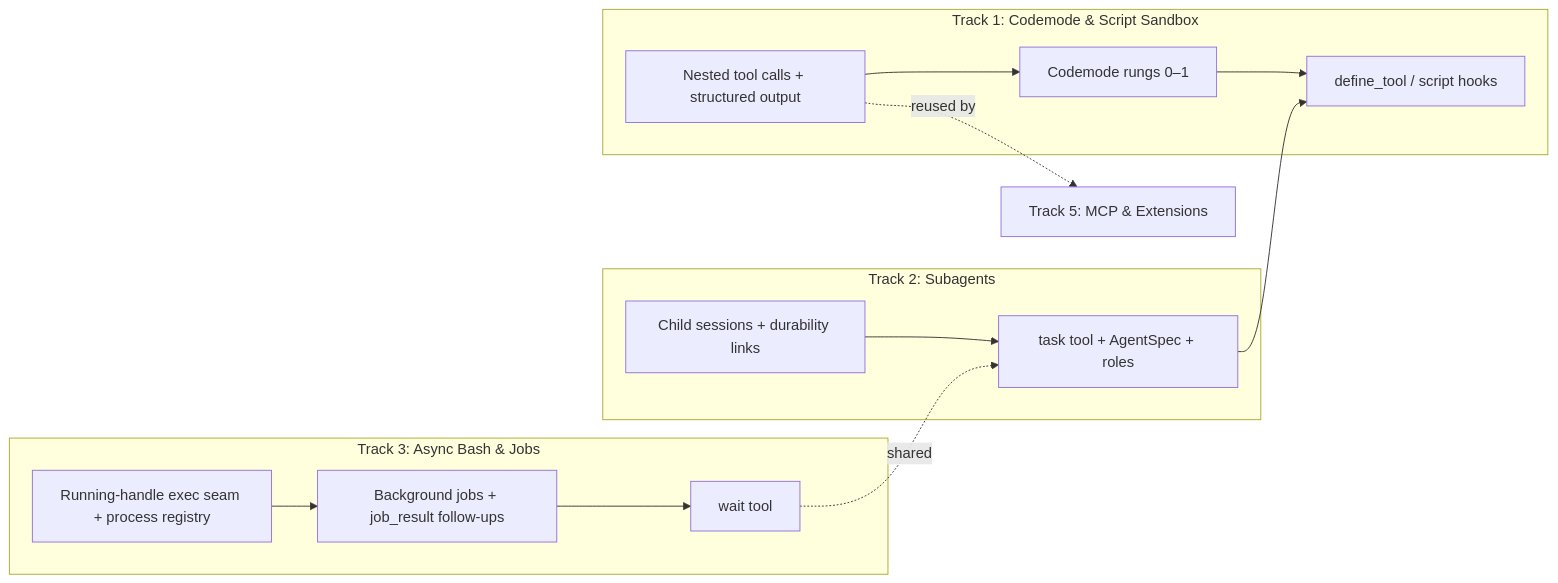
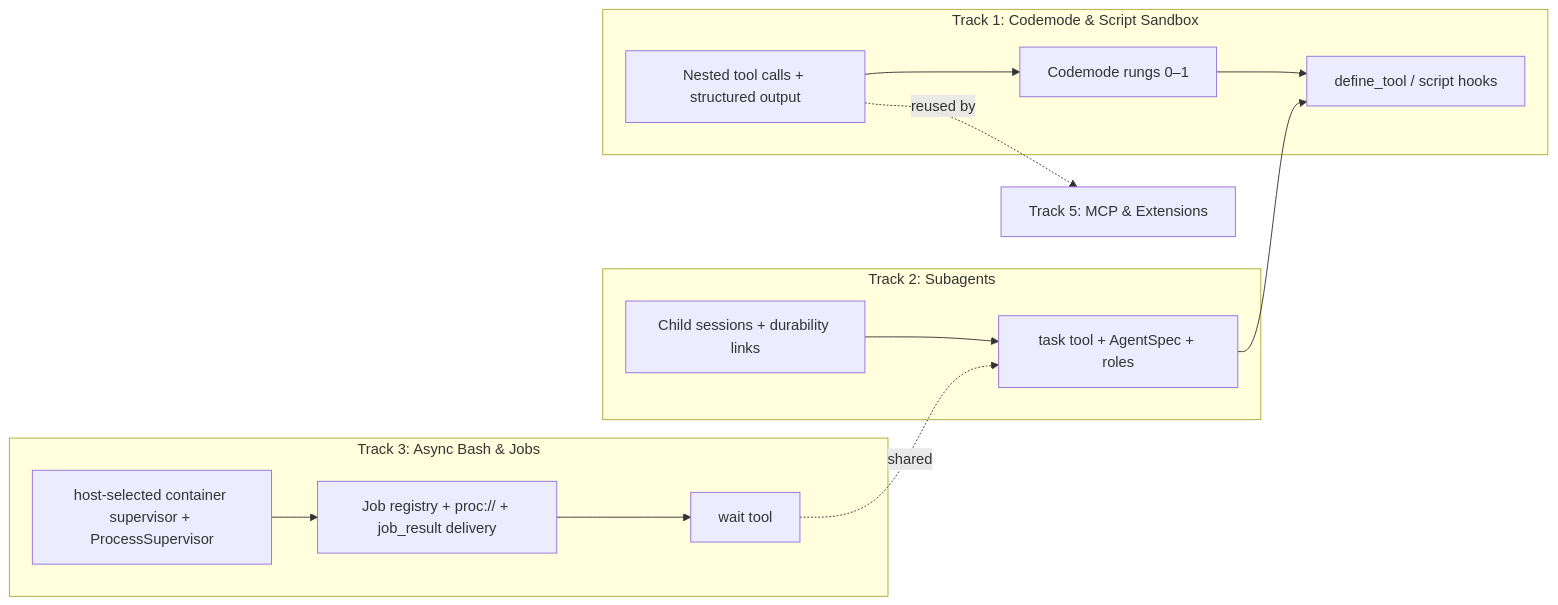
The first of 2 diagrams in plan/plan.md (Axo-Gnosis/Axo), drawn with Mermaid before and after one commit. The commit also changed other lines of this file and 57 other files, not shown here.

First line of the commit message:
feat: supervise commands and support background jobs

````diff
--- a/plan/plan.md
+++ b/plan/plan.md
@@ -13,17 +13,17 @@
 ```mermaid
 flowchart LR
   subgraph T1["Track 1: Codemode & Script Sandbox"]
     N[Nested tool calls + structured output] --> C0[Codemode rungs 0–1]
     C0 --> DT[define_tool / script hooks]
   end
   subgraph T2["Track 2: Subagents"]
     CS[Child sessions + durability links] --> TK[task tool + AgentSpec + roles]
   end
   subgraph T3["Track 3: Async Bash & Jobs"]
-    EH[Running-handle exec seam + process registry] --> JB[Background jobs + job_result follow-ups]
+    SV[host-selected container supervisor + ProcessSupervisor] --> JB[Job registry + proc:// + job_result delivery]
     JB --> WT[wait tool]
   end
   WT -.shared.-> TK
   TK --> DT
   N -.reused by.-> MCP[Track 5: MCP & Extensions]
 ```
````
